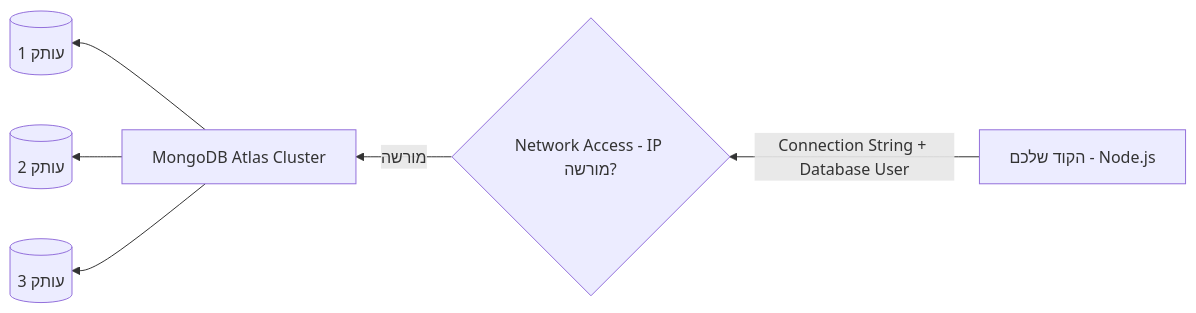
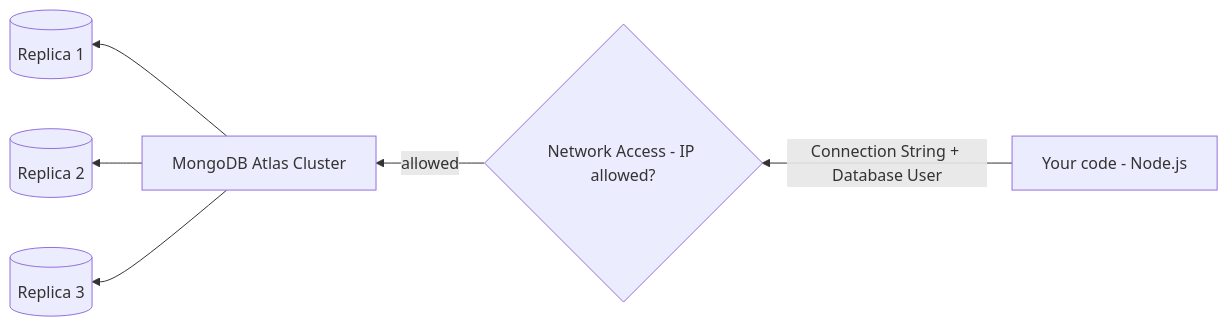
The diagram in content/docs/databases/51-mongodb-atlas-content.md (neriyaMalachi/FullStack_kodkode_5), drawn with Mermaid before and after one commit. The commit also changed other lines of this file and 117 other files, not shown here.

````diff
--- a/content/docs/databases/51-mongodb-atlas-content.md
+++ b/content/docs/databases/51-mongodb-atlas-content.md
@@ -37,8 +37,8 @@
 ```mermaid
 flowchart RL
-    App["הקוד שלכם - Node.js"] -->|"Connection String + Database User"| NA{"Network Access - IP מורשה?"}
-    NA -->|מורשה| Cluster["MongoDB Atlas Cluster"]
-    Cluster --> R1[("עותק 1")]
-    Cluster --> R2[("עותק 2")]
-    Cluster --> R3[("עותק 3")]
+    App["Your code - Node.js"] -->|"Connection String + Database User"| NA{"Network Access - IP allowed?"}
+    NA -->|allowed| Cluster["MongoDB Atlas Cluster"]
+    Cluster --> R1[("Replica 1")]
+    Cluster --> R2[("Replica 2")]
+    Cluster --> R3[("Replica 3")]
 ```
````
